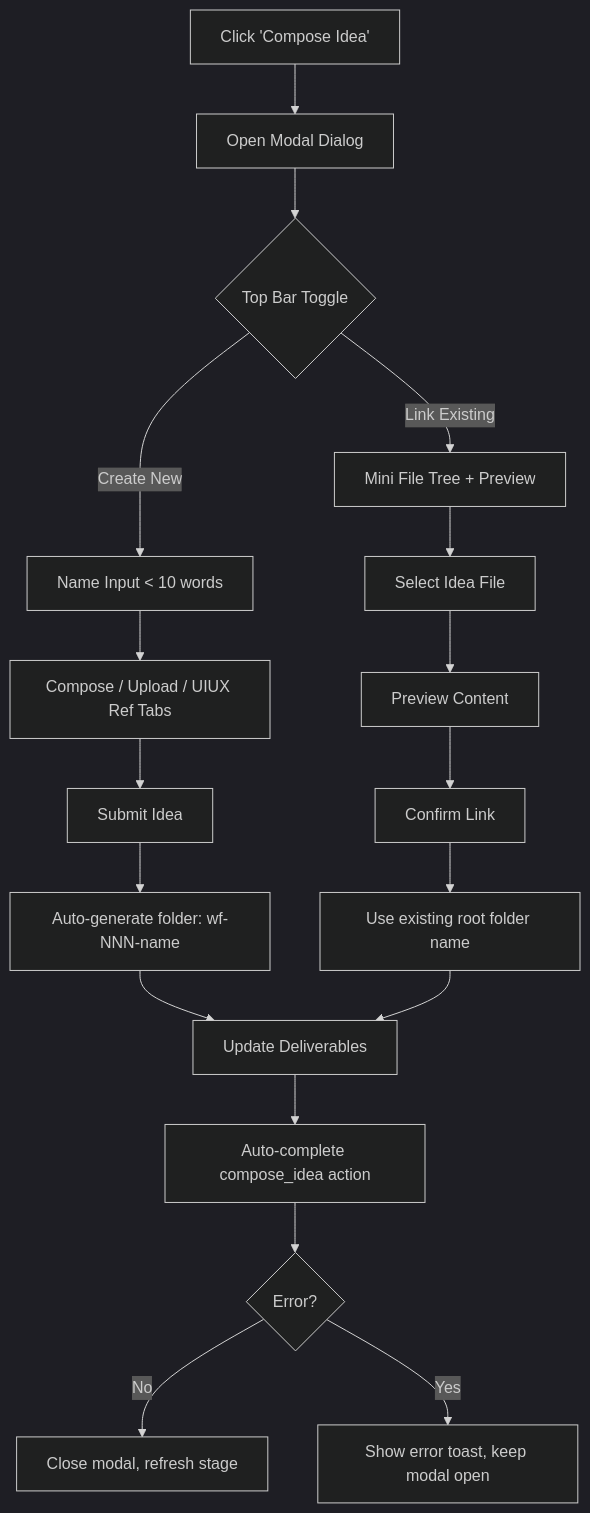
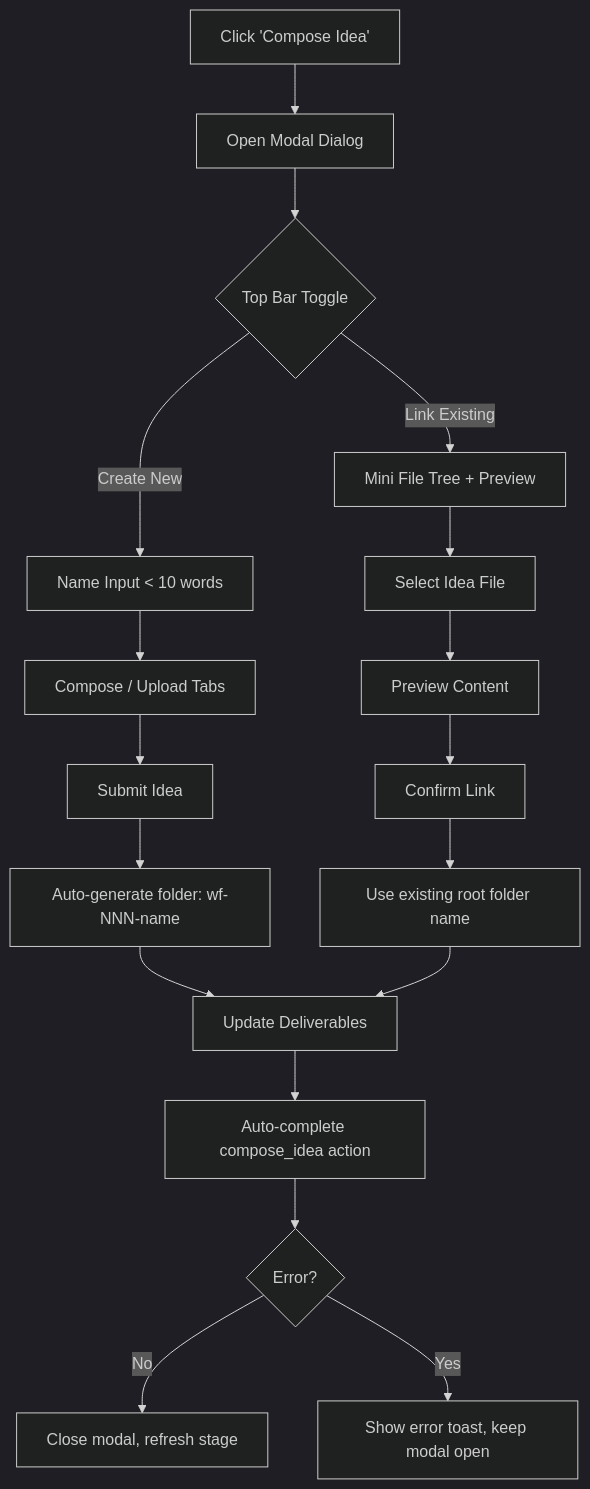
The first of 2 diagrams in x-ipe-docs/ideas/023. CR-Compose Idea in Workflow/idea-summary-v2.md (Young-Z/X-IPE), drawn with Mermaid (dark theme) before and after one commit. The commit also changed other lines of this file and 1 other file, not shown here.

First line of the commit message:
IDEA-023: Remove UIUX Reference tab from Compose Idea modal

````diff
--- a/x-ipe-docs/ideas/023. CR-Compose Idea in Workflow/idea-summary-v2.md
+++ b/x-ipe-docs/ideas/023. CR-Compose Idea in Workflow/idea-summary-v2.md
@@ -30,20 +30,20 @@
 ```mermaid
 flowchart TD
     A["Click 'Compose Idea'"] --> B["Open Modal Dialog"]
     B --> C{"Top Bar Toggle"}
     C -->|"Create New"| D["Name Input < 10 words"]
     C -->|"Link Existing"| E["Mini File Tree + Preview"]
-    D --> F["Compose / Upload / UIUX Ref Tabs"]
+    D --> F["Compose / Upload Tabs"]
     F --> G["Submit Idea"]
     E --> H["Select Idea File"]
     H --> I["Preview Content"]
     I --> J["Confirm Link"]
     G --> K["Auto-generate folder: wf-NNN-name"]
     J --> L["Use existing root folder name"]
     K --> M["Update Deliverables"]
     L --> M
     M --> N["Auto-complete compose_idea action"]
     N --> O{"Error?"}
     O -->|No| P["Close modal, refresh stage"]
     O -->|Yes| Q["Show error toast, keep modal open"]
 ```
````
